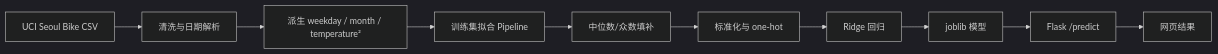
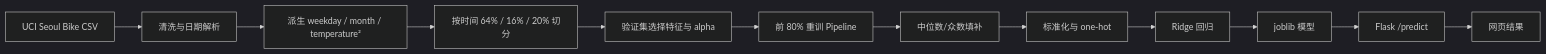
The diagram in README.md (Ouy5517/ML_homework_1), drawn with Mermaid (dark theme) before and after one commit. The commit also changed other lines of this file and 14 other files, not shown here.

````diff
--- a/README.md
+++ b/README.md
@@ -40,12 +40,14 @@
 ```mermaid
 flowchart LR
     A[UCI Seoul Bike CSV] --> B[清洗与日期解析]
     B --> C[派生 weekday / month / temperature²]
-    C --> D[训练集拟合 Pipeline]
-    D --> E[中位数/众数填补]
-    E --> F[标准化与 one-hot]
-    F --> G[Ridge 回归]
-    G --> H[joblib 模型]
-    H --> I[Flask /predict]
-    I --> J[网页结果]
+    C --> D[按时间 64% / 16% / 20% 切分]
+    D --> E[验证集选择特征与 alpha]
+    E --> F[前 80% 重训 Pipeline]
+    F --> G[中位数/众数填补]
+    G --> H[标准化与 one-hot]
+    H --> I[Ridge 回归]
+    I --> J[joblib 模型]
+    J --> K[Flask /predict]
+    K --> L[网页结果]
 ```
````
